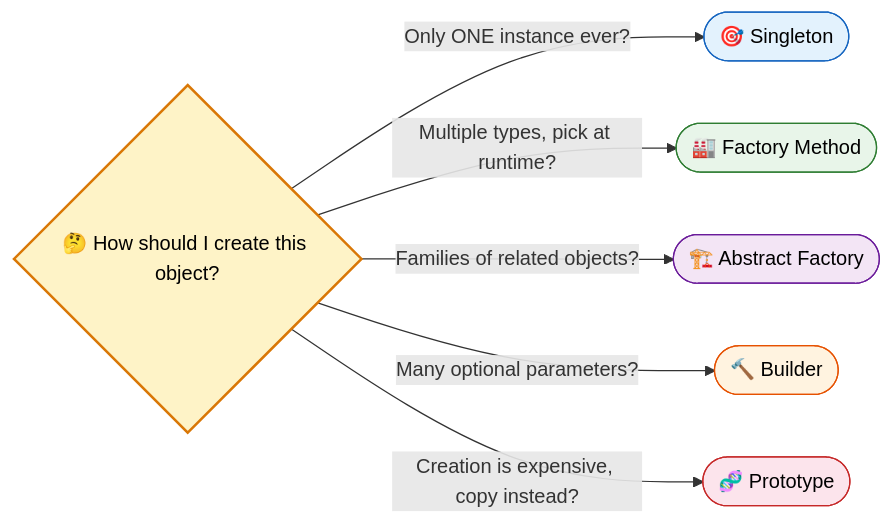
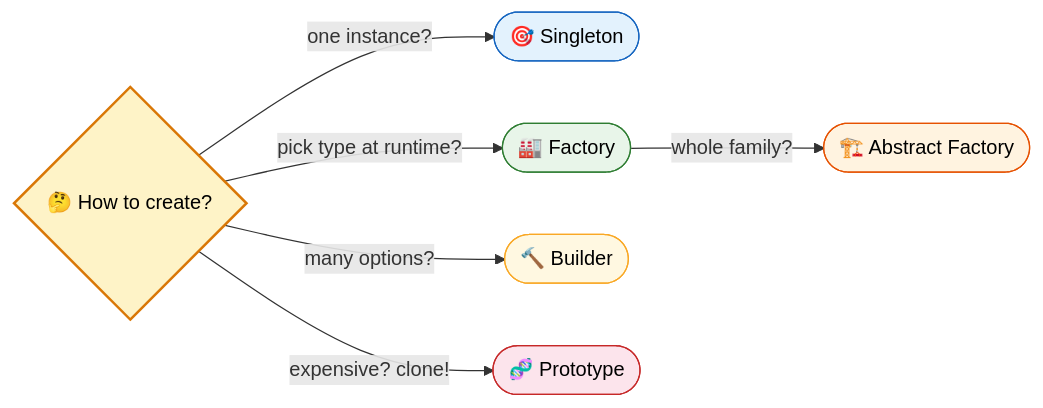
One commit to saivamsikaruturi/vamsilabs-dev-notes-main changed the second of 2 diagrams in docs/designpatterns/creationalDesignPatterns/CreationalDesignPatterns.md. Above: the diagram before and after it, drawn with Mermaid. The commit also changed other lines of this file and 42 other files, not shown here.

````diff
--- a/docs/designpatterns/creationalDesignPatterns/CreationalDesignPatterns.md
+++ b/docs/designpatterns/creationalDesignPatterns/CreationalDesignPatterns.md
@@ -49,16 +47,16 @@
 ```mermaid
 flowchart LR
-    Start{"🤔 How should I create this object?"}
-    Start -->|"Only ONE instance ever?"| Sing(["🎯 Singleton"])
-    Start -->|"Multiple types, pick at runtime?"| Fact(["🏭 Factory Method"])
-    Start -->|"Families of related objects?"| AF(["🏗️ Abstract Factory"])
-    Start -->|"Many optional parameters?"| Build(["🔨 Builder"])
-    Start -->|"Creation is expensive, copy instead?"| Proto(["🧬 Prototype"])
+    Start{"🤔 How to create?"}
+    Start -->|"one instance?"| Sing(["🎯 Singleton"])
+    Start -->|"pick type at runtime?"| Fact(["🏭 Factory"])
+    Fact -->|"whole family?"| AF(["🏗️ Abstract Factory"])
+    Start -->|"many options?"| Build(["🔨 Builder"])
+    Start -->|"expensive? clone!"| Proto(["🧬 Prototype"])
     
     style Start fill:#FEF3C7,stroke:#D97706,stroke-width:2px,color:#000
     style Sing fill:#E3F2FD,stroke:#1565C0,color:#000
     style Fact fill:#E8F5E9,stroke:#2E7D32,color:#000
-    style AF fill:#F3E5F5,stroke:#6A1B9A,color:#000
-    style Build fill:#FFF3E0,stroke:#E65100,color:#000
+    style AF fill:#FFF3E0,stroke:#E65100,color:#000
+    style Build fill:#FFF8E1,stroke:#F9A825,color:#000
     style Proto fill:#FCE4EC,stroke:#C62828,color:#000
 ```
````
